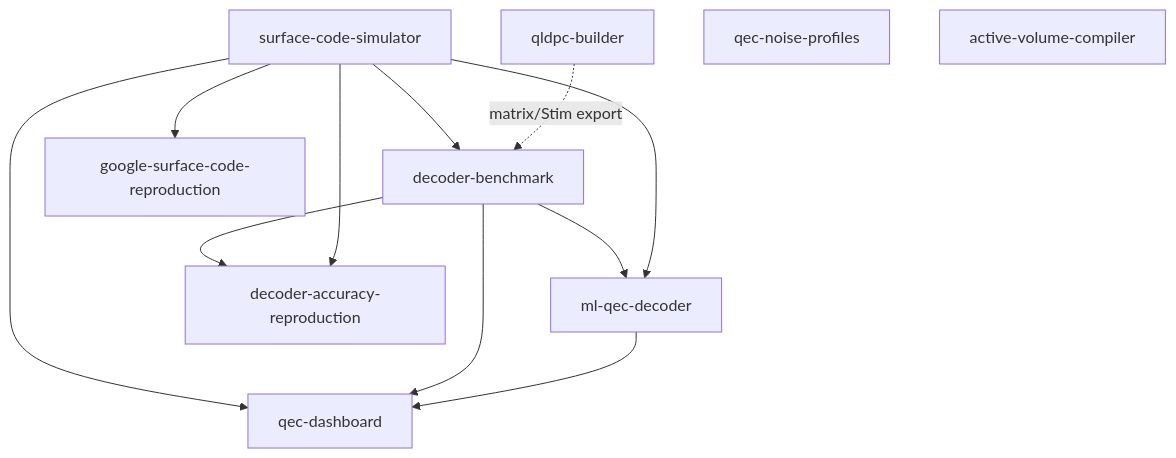
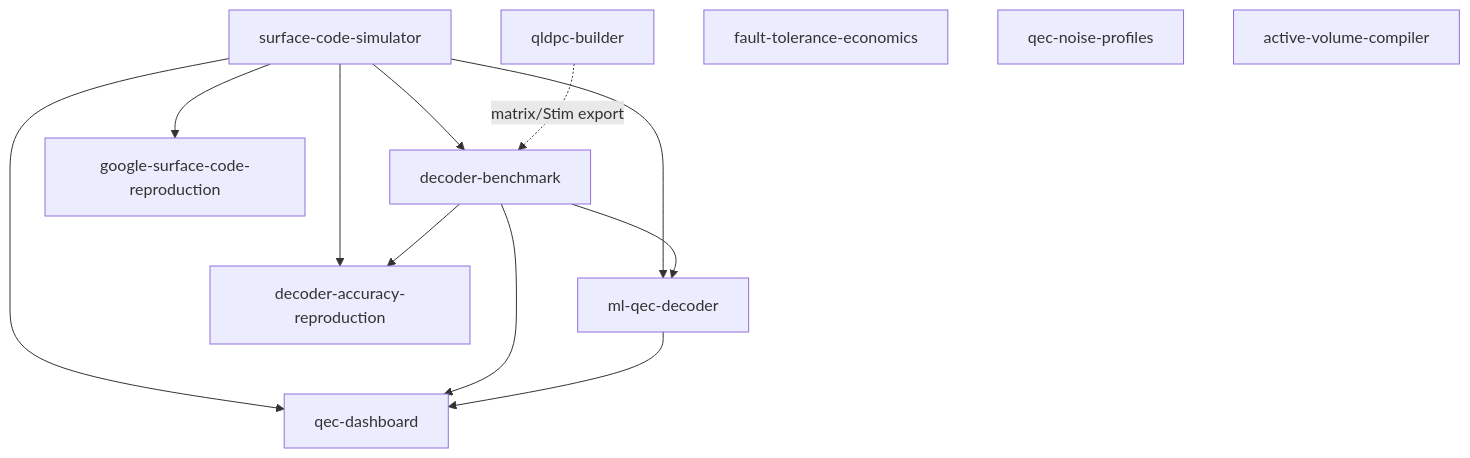
Before and after one commit to afogelis/qec-portfolio: the diagram in README.md, drawn with Mermaid. The commit also changed other lines of this file and 24 other files, not shown here.

````diff
--- a/README.md
+++ b/README.md
@@ -71,15 +82,16 @@
 ```mermaid
 flowchart TD
   P1[surface-code-simulator] --> P2[decoder-benchmark]
-  P1 --> P6[google-surface-code-reproduction]
-  P2 --> P4[ml-qec-decoder]
-  P1 --> P4
-  P2 --> P7[decoder-accuracy-reproduction]
-  P1 --> P7
-  P1 --> P3[qec-dashboard]
-  P2 --> P3
-  P4 --> P3
-  P8[qldpc-builder] -.->|matrix/Stim export| P2
+  P1[surface-code-simulator] --> P3[qec-dashboard]
+  P2[decoder-benchmark] --> P3[qec-dashboard]
+  P4[ml-qec-decoder] --> P3[qec-dashboard]
+  P1[surface-code-simulator] --> P4[ml-qec-decoder]
+  P2[decoder-benchmark] --> P4[ml-qec-decoder]
+  P1[surface-code-simulator] --> P6[google-surface-code-reproduction]
+  P1[surface-code-simulator] --> P7[decoder-accuracy-reproduction]
+  P2[decoder-benchmark] --> P7[decoder-accuracy-reproduction]
+  P8[qldpc-builder] -.->|matrix/Stim export| P2[decoder-benchmark]
+  P5[fault-tolerance-economics]
   P9[qec-noise-profiles]
   P10[active-volume-compiler]
 ```
````
